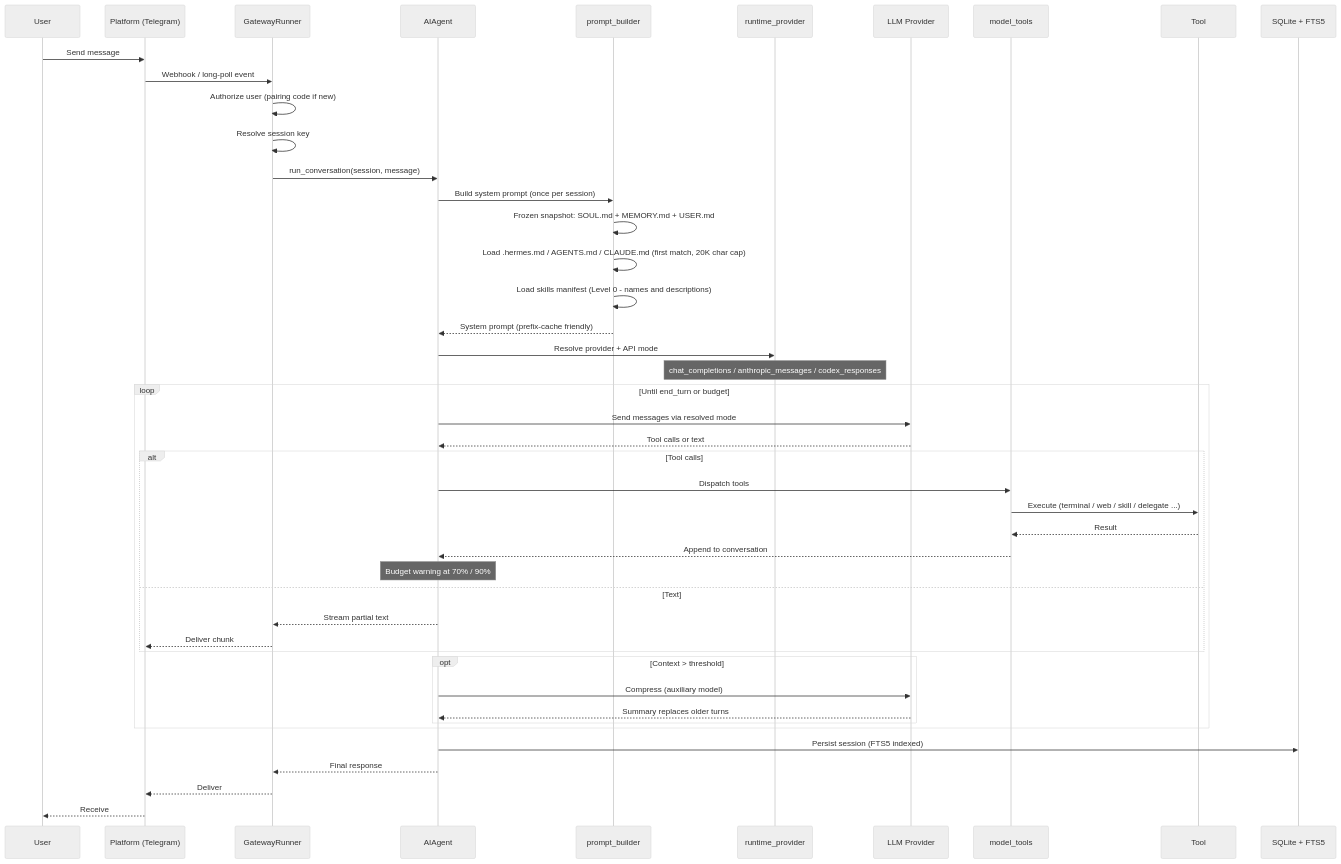
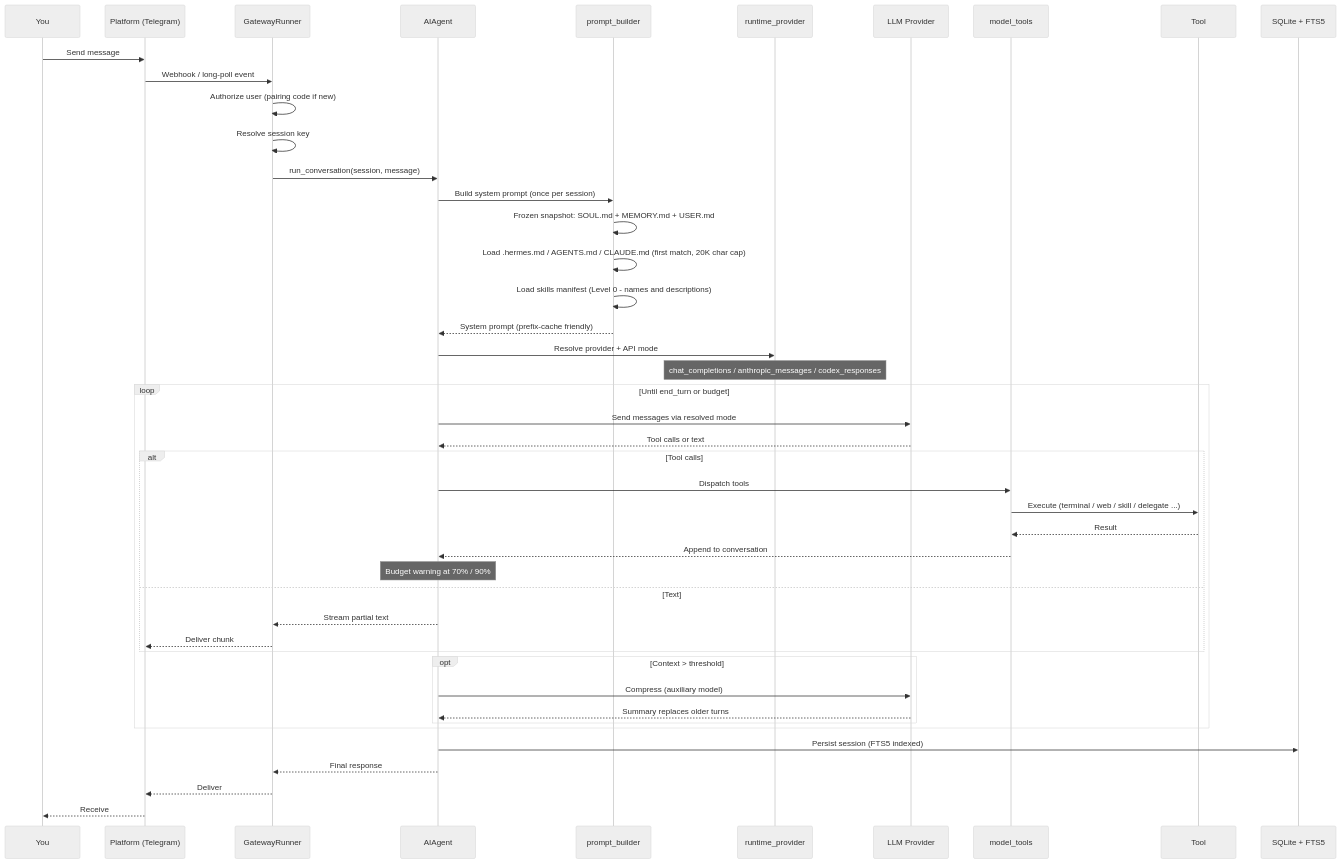
The second of 5 diagrams in articles/research/hermes-agent.md (alexeygrigorev/telegram-writing-assistant), drawn with Mermaid (neutral theme) before and after one commit. The commit also changed other lines of this file and 7 other files, not shown here.

````diff
--- a/articles/research/hermes-agent.md
+++ b/articles/research/hermes-agent.md
@@ -190,55 +206,55 @@
 ```mermaid
 sequenceDiagram
-    participant U as User
+    participant U as You
     participant P as Platform (Telegram)
     participant GW as GatewayRunner
     participant AG as AIAgent
     participant PB as prompt_builder
     participant RP as runtime_provider
     participant LLM as LLM Provider
     participant MT as model_tools
     participant T as Tool
     participant DB as SQLite + FTS5
 
     U->>P: Send message
     P->>GW: Webhook / long-poll event
     GW->>GW: Authorize user (pairing code if new)
     GW->>GW: Resolve session key
     GW->>AG: run_conversation(session, message)
 
     AG->>PB: Build system prompt (once per session)
     PB->>PB: Frozen snapshot: SOUL.md + MEMORY.md + USER.md
     PB->>PB: Load .hermes.md / AGENTS.md / CLAUDE.md (first match, 20K char cap)
     PB->>PB: Load skills manifest (Level 0 - names and descriptions)
     PB-->>AG: System prompt (prefix-cache friendly)
 
     AG->>RP: Resolve provider + API mode
     Note over RP: chat_completions / anthropic_messages / codex_responses
 
     loop Until end_turn or budget
         AG->>LLM: Send messages via resolved mode
         LLM-->>AG: Tool calls or text
 
         alt Tool calls
             AG->>MT: Dispatch tools
             MT->>T: Execute (terminal / web / skill / delegate ...)
             T-->>MT: Result
             MT-->>AG: Append to conversation
 
             Note over AG: Budget warning at 70% / 90%
         else Text
             AG-->>GW: Stream partial text
             GW-->>P: Deliver chunk
         end
 
         opt Context > threshold
             AG->>LLM: Compress (auxiliary model)
             LLM-->>AG: Summary replaces older turns
         end
     end
 
     AG->>DB: Persist session (FTS5 indexed)
     AG-->>GW: Final response
     GW-->>P: Deliver
     P-->>U: Receive
 ```
````
